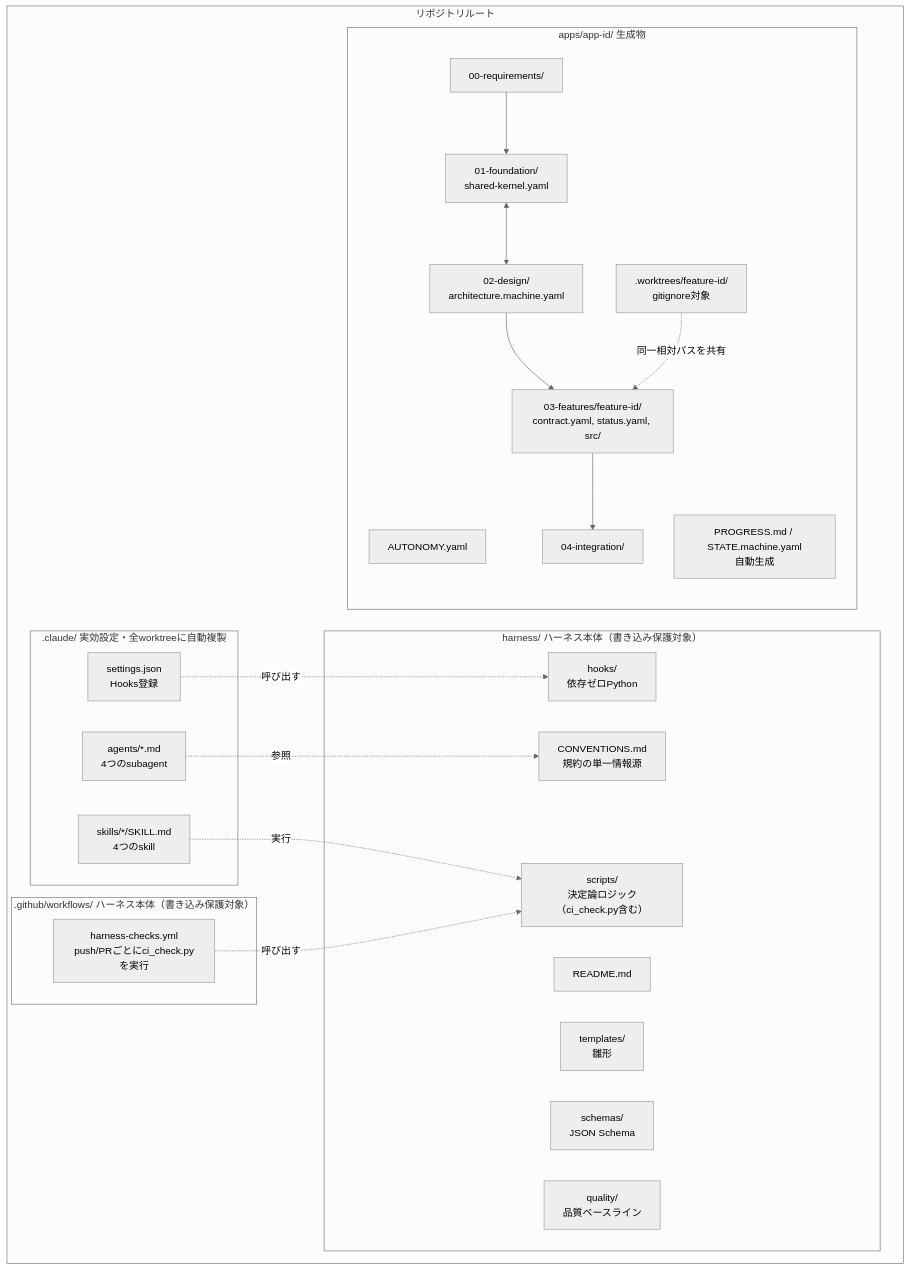
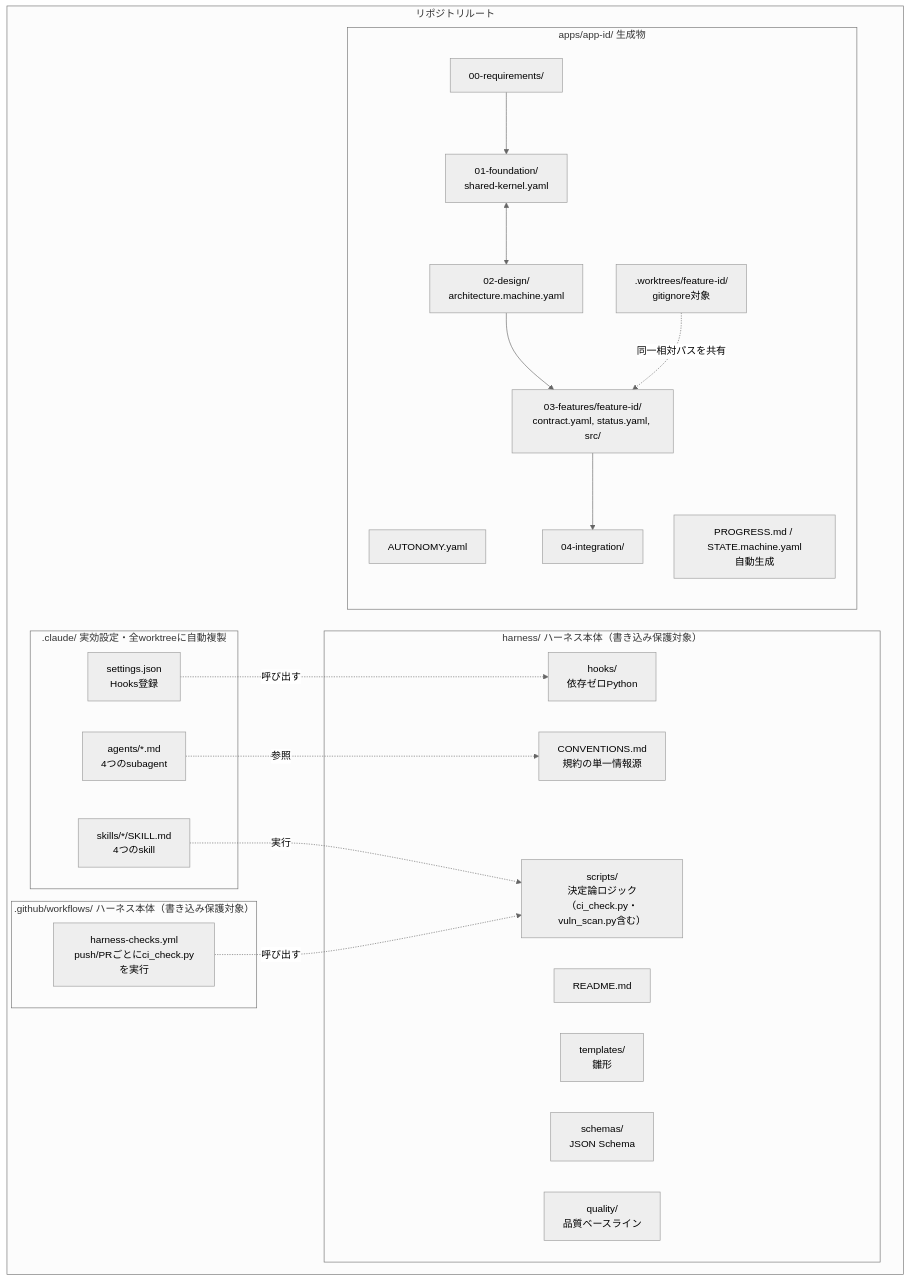
One commit to studioyukidaruma-dev/apparness changed the first of 7 diagrams in HARNESS_GUIDE.md. Above: the diagram before and after it, drawn with Mermaid (neutral theme). The commit also changed other lines of this file and 4 other files, not shown here.

````diff
--- a/HARNESS_GUIDE.md
+++ b/HARNESS_GUIDE.md
@@ -49,42 +51,42 @@
 ```mermaid
 graph TB
     subgraph ROOT["リポジトリルート"]
         subgraph CLAUDE[".claude/  実効設定・全worktreeに自動複製"]
             SETTINGS["settings.json<br/>Hooks登録"]
             AGENTS["agents/*.md<br/>4つのsubagent"]
             SKILLS["skills/*/SKILL.md<br/>4つのskill"]
         end
         subgraph HARNESS["harness/  ハーネス本体（書き込み保護対象）"]
             CONV["CONVENTIONS.md<br/>規約の単一情報源"]
             HREADME["README.md"]
             HOOKS["hooks/<br/>依存ゼロPython"]
             TMPL["templates/<br/>雛形"]
             SCHEMAS["schemas/<br/>JSON Schema"]
-            SCRIPTS["scripts/<br/>決定論ロジック（ci_check.py含む）"]
+            SCRIPTS["scripts/<br/>決定論ロジック（ci_check.py・vuln_scan.py含む）"]
             QUALITY["quality/<br/>品質ベースライン"]
         end
         subgraph GHACTIONS[".github/workflows/  ハーネス本体（書き込み保護対象）"]
             CIYML["harness-checks.yml<br/>push/PRごとにci_check.pyを実行"]
         end
         subgraph APPS["apps/app-id/  生成物"]
             AUTONOMY["AUTONOMY.yaml"]
             REQ["00-requirements/"]
             FOUND["01-foundation/<br/>shared-kernel.yaml"]
             DESIGN["02-design/<br/>architecture.machine.yaml"]
             FEAT["03-features/feature-id/<br/>contract.yaml, status.yaml, src/"]
             INTEG["04-integration/"]
             PROG["PROGRESS.md / STATE.machine.yaml<br/>自動生成"]
             WT[".worktrees/feature-id/<br/>gitignore対象"]
         end
     end
 
     SETTINGS -.呼び出す.-> HOOKS
     AGENTS -.参照.-> CONV
     SKILLS -.実行.-> SCRIPTS
     CIYML -.呼び出す.-> SCRIPTS
     REQ --> FOUND
     FOUND <--> DESIGN
     DESIGN --> FEAT
     FEAT --> INTEG
     WT -. 同一相対パスを共有 .-> FEAT
 ```
````
